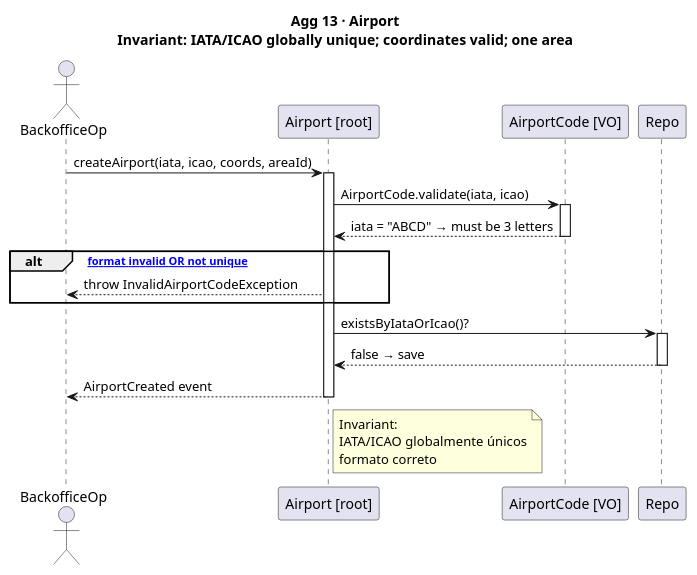
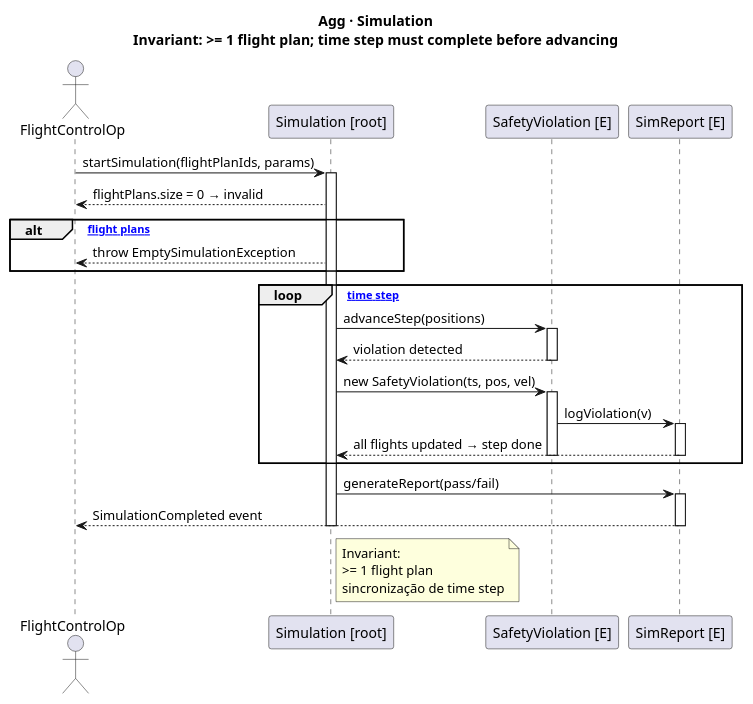
One commit to DuartePinto1240/sem4pi2526-sem4pi2526_2da2 changed the diagram in docs/Agg13.puml. Above: the diagram before and after it, drawn with PlantUML. The commit also changed 12 other files, not shown here.

```diff
--- a/docs/Agg13.puml
+++ b/docs/Agg13.puml
@@ -1,36 +1,47 @@
-@startuml US011_Agg13_Airport
-title Agg 13 · Airport\nInvariant: IATA/ICAO globally unique; coordinates valid; one area
+@startuml US011_Agg_Simulation
+title Agg · Simulation\nInvariant: >= 1 flight plan; time step must complete before advancing
 
-actor "BackofficeOp" as Op
-participant "Airport [root]" as Airport
-participant "AirportCode [VO]" as Code
-participant "Repo" as Repo
+actor "FlightControlOp" as FCO
+participant "Simulation [root]" as Sim
+participant "SafetyViolation [E]" as SV
+participant "SimReport [E]" as SR
 
-Op -> Airport : createAirport(iata, icao, coords, areaId)
-activate Airport
+FCO -> Sim : startSimulation(flightPlanIds, params)
+activate Sim
 
-Airport -> Code : AirportCode.validate(iata, icao)
-activate Code
-Code --> Airport : iata = "ABCD" → must be 3 letters
-deactivate Code
+Sim --> FCO : flightPlans.size = 0 → invalid
 
-alt [code format invalid OR not unique]
-    Airport --> Op : throw InvalidAirportCodeException
+alt [no flight plans]
+    Sim --> FCO : throw EmptySimulationException
 end
 
-Airport -> Repo : existsByIataOrIcao()?
-activate Repo
-Repo --> Airport : false → save
-deactivate Repo
+loop [per time step]
+    Sim -> SV : advanceStep(positions)
+    activate SV
+    SV --> Sim : violation detected
+    deactivate SV
 
-Airport --> Op : AirportCreated event
+    Sim -> SV : new SafetyViolation(ts, pos, vel)
+    activate SV
 
-deactivate Airport
+    SV -> SR : logViolation(v)
+    activate SR
+    SR --> Sim : all flights updated → step done
+    deactivate SR
+    deactivate SV
+end
 
-note right of Airport
+Sim -> SR : generateReport(pass/fail)
+activate SR
+SR --> FCO : SimulationCompleted event
+deactivate SR
+
+deactivate Sim
+
+note right of Sim
   Invariant:
-  IATA/ICAO globalmente únicos
-  formato correto
+  >= 1 flight plan
+  sincronização de time step
 end note
 
 @enduml
```
